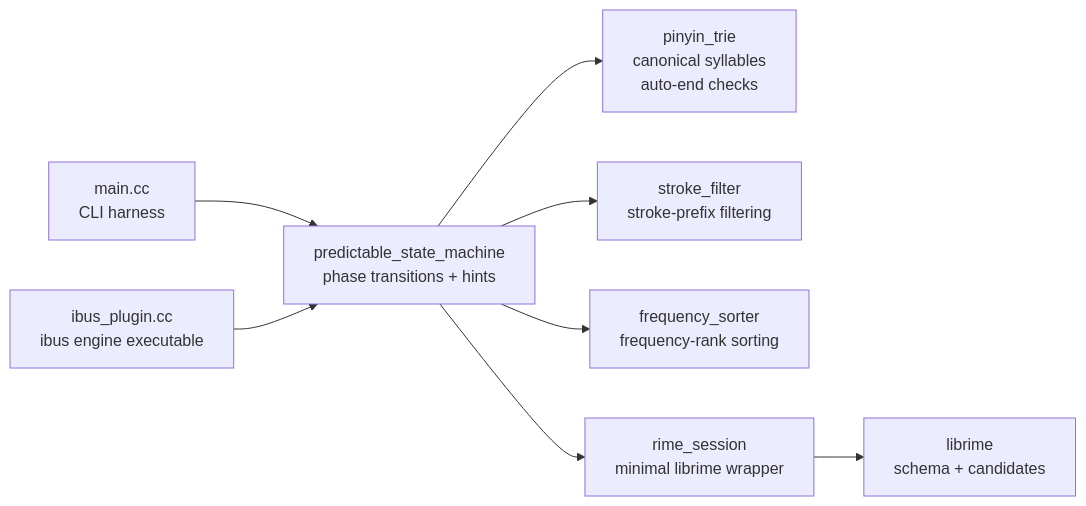
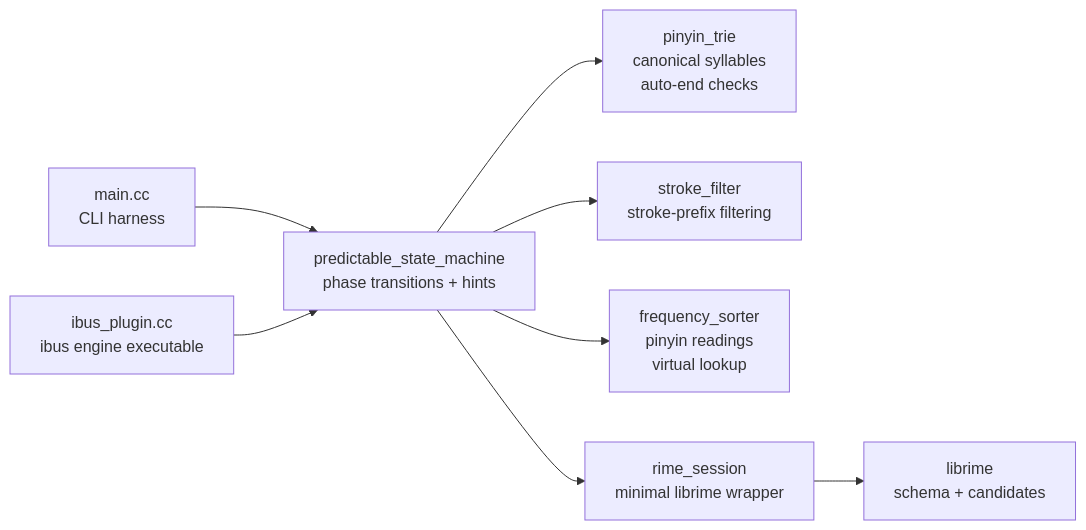
Before and after one commit to yuqian-ponyai/pp: the diagram in src/README.md, drawn with Mermaid. The commit also changed other lines of this file and 20 other files, not shown here.

````diff
--- a/src/README.md
+++ b/src/README.md
@@ -21,10 +21,10 @@
 ```mermaid
 flowchart LR
     CLI["main.cc<br/>CLI harness"] --> SM["predictable_state_machine<br/>phase transitions + hints"]
     IBUS["ibus_plugin.cc<br/>ibus engine executable"] --> SM
     SM --> TRIE["pinyin_trie<br/>canonical syllables<br/>auto-end checks"]
     SM --> SF["stroke_filter<br/>stroke-prefix filtering"]
-    SM --> FS["frequency_sorter<br/>frequency-rank sorting"]
+    SM --> FS["frequency_sorter<br/>pinyin readings<br/>virtual lookup"]
     SM --> RIME["rime_session<br/>minimal librime wrapper"]
     RIME --> LIB["librime<br/>schema + candidates"]
 ```
````
